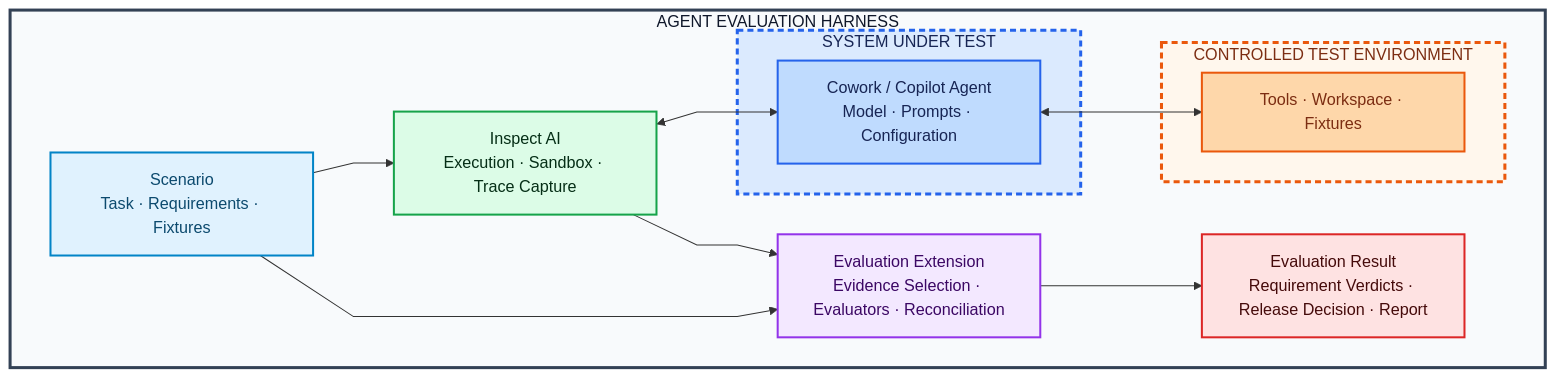
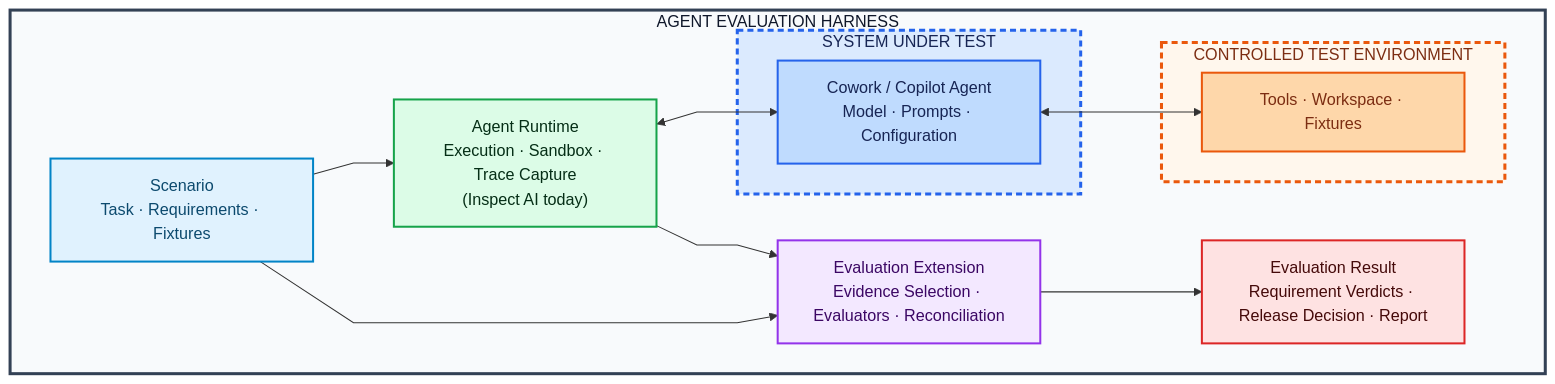
The diagram in ARCHITECTURE.md (rramchan12/agent-evaluation-workbench), drawn with Mermaid before and after one commit. The commit also changed other lines of this file and 3 other files, not shown here.

````diff
--- a/ARCHITECTURE.md
+++ b/ARCHITECTURE.md
@@ -84,42 +84,42 @@
 ```mermaid
 %%{init: {"flowchart": {"curve": "linear", "nodeSpacing": 40, "rankSpacing": 55}}}%%
 flowchart LR
 
     subgraph SYSTEM["AGENT EVALUATION HARNESS"]
         direction LR
 
         SCENARIO["Scenario<br/>Task · Requirements · Fixtures"]
 
         subgraph SUT["SYSTEM UNDER TEST"]
             AGENT["Cowork / Copilot Agent<br/>Model · Prompts · Configuration"]
         end
 
         subgraph CTE["CONTROLLED TEST ENVIRONMENT"]
             TOOLS["Tools · Workspace · Fixtures"]
         end
 
-        INSPECT["Inspect AI<br/>Execution · Sandbox · Trace Capture"]
+        INSPECT["Agent Runtime<br/>Execution · Sandbox · Trace Capture<br/>(Inspect AI today)"]
 
         EVALUATE["Evaluation Extension<br/>Evidence Selection · Evaluators · Reconciliation"]
 
         RESULT["Evaluation Result<br/>Requirement Verdicts · Release Decision · Report"]
 
         SCENARIO --> INSPECT
         INSPECT <--> AGENT
         AGENT <--> TOOLS
         INSPECT --> EVALUATE
         SCENARIO --> EVALUATE
         EVALUATE --> RESULT
     end
 
     style SYSTEM fill:#f8fafc,stroke:#334155,stroke-width:3px,color:#0f172a
     style SUT fill:#dbeafe,stroke:#2563eb,stroke-width:3px,stroke-dasharray:6 4,color:#172554
     style CTE fill:#fff7ed,stroke:#ea580c,stroke-width:3px,stroke-dasharray:6 4,color:#7c2d12
 
     style SCENARIO fill:#e0f2fe,stroke:#0284c7,stroke-width:2px,color:#0c4a6e
     style AGENT fill:#bfdbfe,stroke:#2563eb,stroke-width:2px,color:#172554
     style TOOLS fill:#fed7aa,stroke:#ea580c,stroke-width:2px,color:#7c2d12
     style INSPECT fill:#dcfce7,stroke:#16a34a,stroke-width:2px,color:#052e16
     style EVALUATE fill:#f3e8ff,stroke:#9333ea,stroke-width:2px,color:#3b0764
     style RESULT fill:#fee2e2,stroke:#dc2626,stroke-width:2px,color:#450a0a
 ```
````
